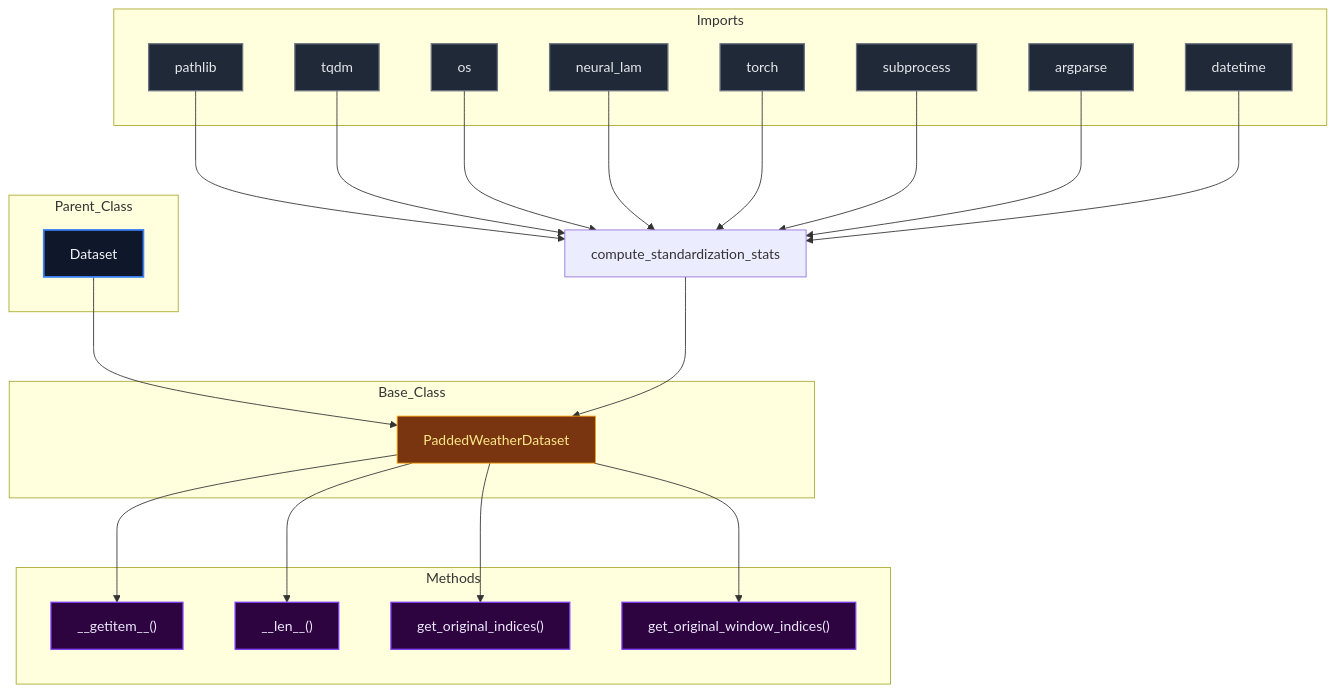
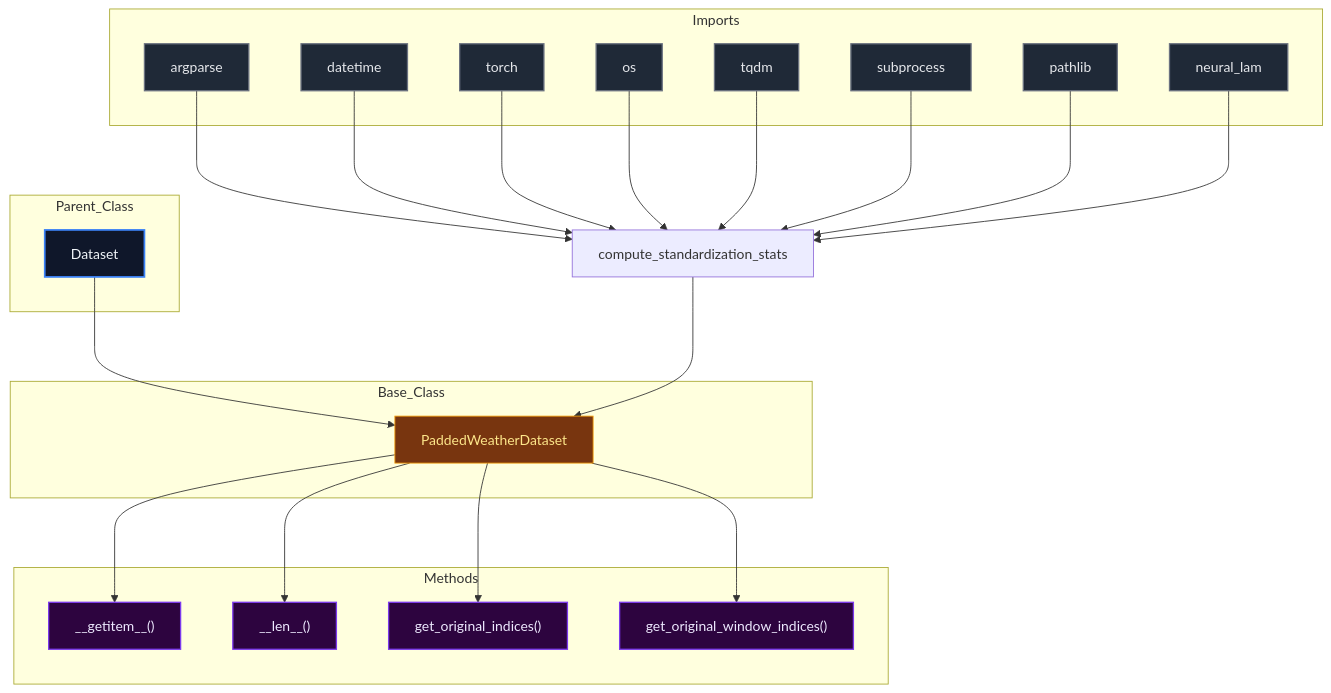
One commit to mllam/neural-lam changed the diagram in docs/diagrams/compute_standardization_stats_diagram.md. Above: the diagram before and after it, drawn with Mermaid. The commit also changed 21 other files, not shown here.

Commit message:
Auto-update Mermaid diagrams

````diff
--- a/docs/diagrams/compute_standardization_stats_diagram.md
+++ b/docs/diagrams/compute_standardization_stats_diagram.md
@@ -1,60 +1,60 @@
 ```mermaid
 %%{init: {'flowchart': {'nodeSpacing': 60, 'rankSpacing': 80}}}%%
 flowchart TD
 
 module["compute_standardization_stats"]
 
 subgraph Parent_Class
     Dataset["Dataset"]
 end
 
 subgraph Base_Class
     PaddedWeatherDataset["PaddedWeatherDataset"]
 end
 
     Dataset --> PaddedWeatherDataset
 
 subgraph Imports
-    pathlib["pathlib"]
-    tqdm["tqdm"]
-    os["os"]
-    neural_lam["neural_lam"]
-    torch["torch"]
-    subprocess["subprocess"]
     argparse["argparse"]
     datetime["datetime"]
+    torch["torch"]
+    os["os"]
+    tqdm["tqdm"]
+    subprocess["subprocess"]
+    pathlib["pathlib"]
+    neural_lam["neural_lam"]
 end
 
-    pathlib --> module
-    tqdm --> module
-    os --> module
-    neural_lam --> module
-    torch --> module
-    subprocess --> module
     argparse --> module
     datetime --> module
+    torch --> module
+    os --> module
+    tqdm --> module
+    subprocess --> module
+    pathlib --> module
+    neural_lam --> module
     module --> PaddedWeatherDataset
 
 subgraph Methods
     PaddedWeatherDataset___getitem__["__getitem__()"]
     PaddedWeatherDataset___len__["__len__()"]
     PaddedWeatherDataset_get_original_indices["get_original_indices()"]
     PaddedWeatherDataset_get_original_window_indices["get_original_window_indices()"]
 end
 
     PaddedWeatherDataset --> PaddedWeatherDataset___getitem__
     PaddedWeatherDataset --> PaddedWeatherDataset___len__
     PaddedWeatherDataset --> PaddedWeatherDataset_get_original_indices
     PaddedWeatherDataset --> PaddedWeatherDataset_get_original_window_indices
 
 classDef parent fill:#0f172a,stroke:#3b82f6,stroke-width:2px,color:#f1f5f9,font-size:16px
 classDef base fill:#78350f,stroke:#f59e0b,stroke-width:1px,color:#fde68a,font-size:16px
 classDef import fill:#1f2937,stroke:#6b7280,stroke-width:1.5px,color:#e5e7eb,font-size:16px
 classDef method fill:#2d043f,stroke:#7c3aed,stroke-width:1.5px,color:#ede9fe,font-size:16px
 classDef callNode fill:#064e3b,stroke:#10b981,stroke-width:1.5px,color:#d1fae5,font-size:16px
 class Dataset parent
 class PaddedWeatherDataset base
-class pathlib,tqdm,os,neural_lam,torch,subprocess,argparse,datetime import
+class argparse,datetime,torch,os,tqdm,subprocess,pathlib,neural_lam import
 class PaddedWeatherDataset___getitem__,PaddedWeatherDataset___len__,PaddedWeatherDataset_get_original_indices,PaddedWeatherDataset_get_original_window_indices method
 
 ```
````
